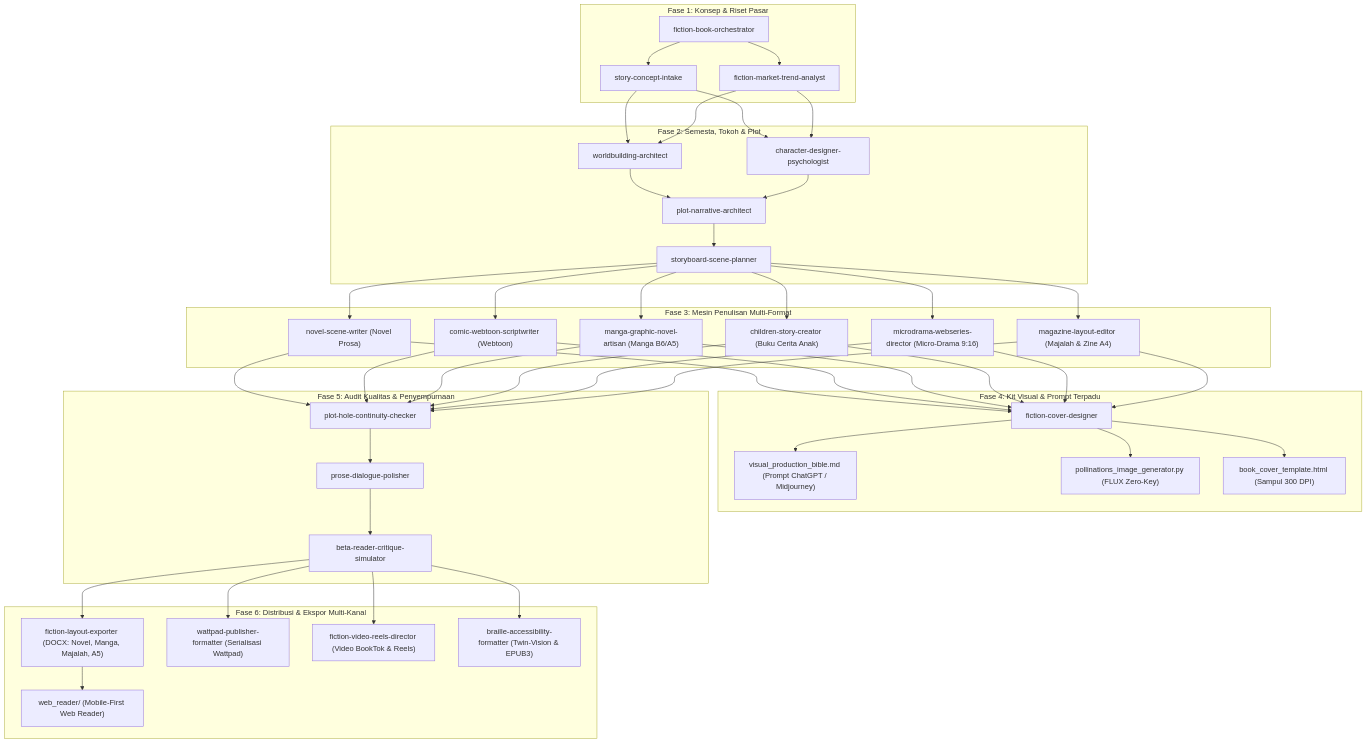
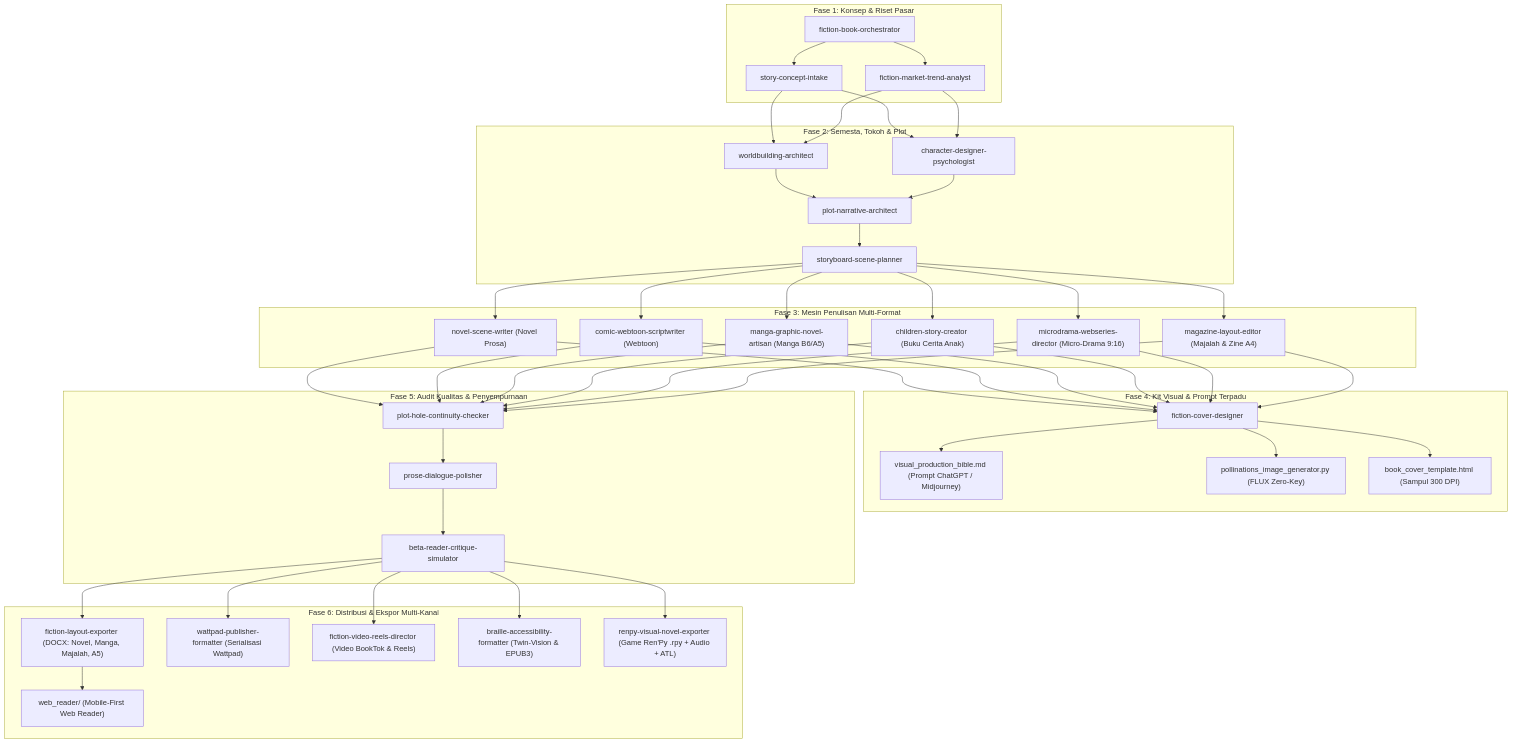
One commit to lensetek/Fiction-book-agent-skills changed the second of 2 diagrams in README.md. Above: the diagram before and after it, drawn with Mermaid. The commit also changed other lines of this file and 4 other files, not shown here.

Commit message:
feat(renpy): add renpy-visual-novel-exporter skill, python helper, global AI agent install prompts, and landing page updates (v1.9.0)

````diff
--- a/README.md
+++ b/README.md
@@ -137,44 +163,45 @@
 ```mermaid
 flowchart TD
     subgraph Intake ["Fase 1: Konsep & Riset Pasar"]
         A["fiction-book-orchestrator"] --> B["story-concept-intake"]
         A --> C["fiction-market-trend-analyst"]
     end
 
     subgraph Architecture ["Fase 2: Semesta, Tokoh & Plot"]
         B & C --> D["worldbuilding-architect"]
         B & C --> E["character-designer-psychologist"]
         D & E --> F["plot-narrative-architect"]
         F --> G["storyboard-scene-planner"]
     end
 
     subgraph Drafting ["Fase 3: Mesin Penulisan Multi-Format"]
         G --> H1["novel-scene-writer (Novel Prosa)"]
         G --> H2["comic-webtoon-scriptwriter (Webtoon)"]
         G --> H3["manga-graphic-novel-artisan (Manga B6/A5)"]
         G --> H4["children-story-creator (Buku Cerita Anak)"]
         G --> H5["microdrama-webseries-director (Micro-Drama 9:16)"]
         G --> H6["magazine-layout-editor (Majalah & Zine A4)"]
     end
 
     subgraph Visuals ["Fase 4: Kit Visual & Prompt Terpadu"]
         H1 & H2 & H3 & H4 & H5 & H6 --> I["fiction-cover-designer"]
         I --> J["visual_production_bible.md (Prompt ChatGPT / Midjourney)"]
         I --> K["pollinations_image_generator.py (FLUX Zero-Key)"]
         I --> L["book_cover_template.html (Sampul 300 DPI)"]
     end
 
     subgraph Refinement ["Fase 5: Audit Kualitas & Penyempurnaan"]
         H1 & H2 & H3 & H4 & H5 & H6 --> M["plot-hole-continuity-checker"]
         M --> N["prose-dialogue-polisher"]
         N --> O["beta-reader-critique-simulator"]
     end
 
     subgraph Distribution ["Fase 6: Distribusi & Ekspor Multi-Kanal"]
         O --> P1["fiction-layout-exporter (DOCX: Novel, Manga, Majalah, A5)"]
         O --> P2["wattpad-publisher-formatter (Serialisasi Wattpad)"]
         O --> P3["fiction-video-reels-director (Video BookTok & Reels)"]
         O --> P4["braille-accessibility-formatter (Twin-Vision & EPUB3)"]
+        O --> P5["renpy-visual-novel-exporter (Game Ren'Py .rpy + Audio + ATL)"]
         P1 --> Q["web_reader/ (Mobile-First Web Reader)"]
     end
 ```
````
